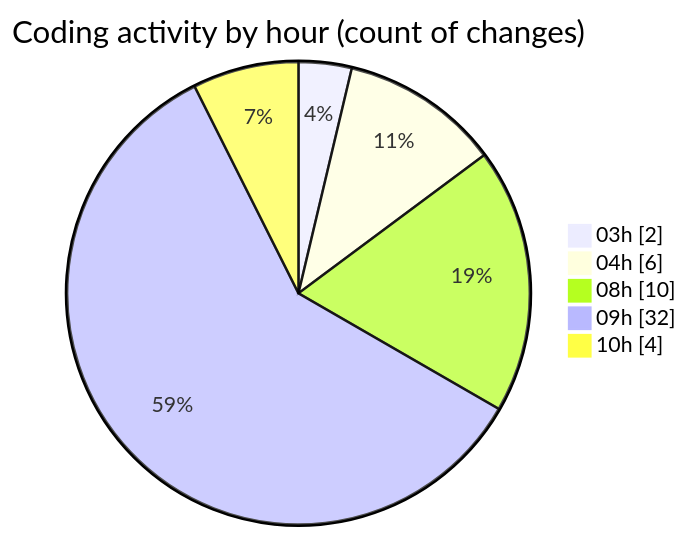
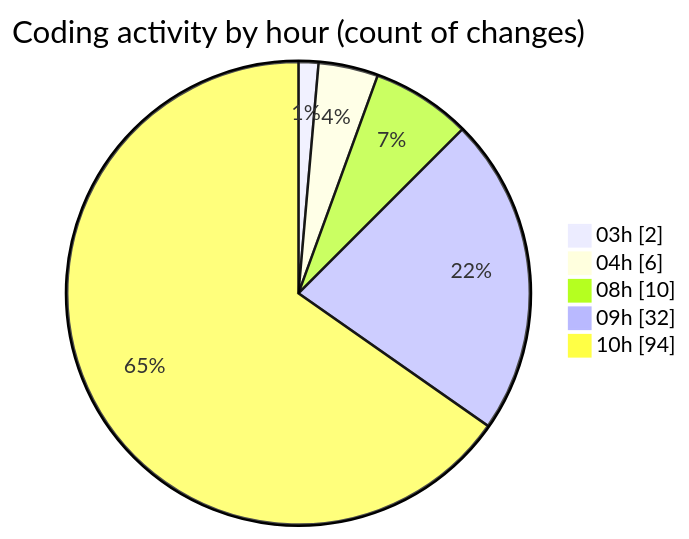
One commit to tmsrecording-cyber/code-tracking changed the second of 2 diagrams in 2026-02-07/singularitybrainai/README.md. Above: the diagram before and after it, drawn with Mermaid. The commit also changed other lines of this file and 1 other file, not shown here.

````diff
--- a/2026-02-07/singularitybrainai/README.md
+++ b/2026-02-07/singularitybrainai/README.md
@@ -48,9 +49,9 @@
 ```mermaid
 pie showData
 title Coding activity by hour (count of changes)
 "03h" : 2
 "04h" : 6
 "08h" : 10
 "09h" : 32
-"10h" : 4
+"10h" : 94
 ```
````
